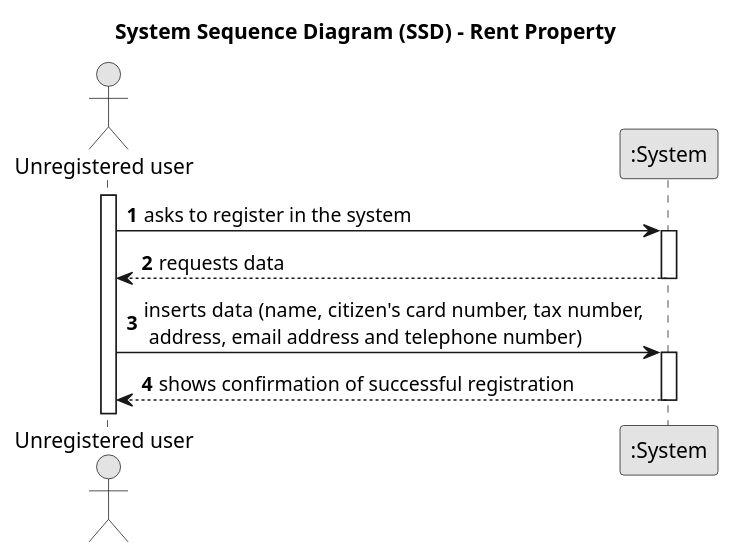
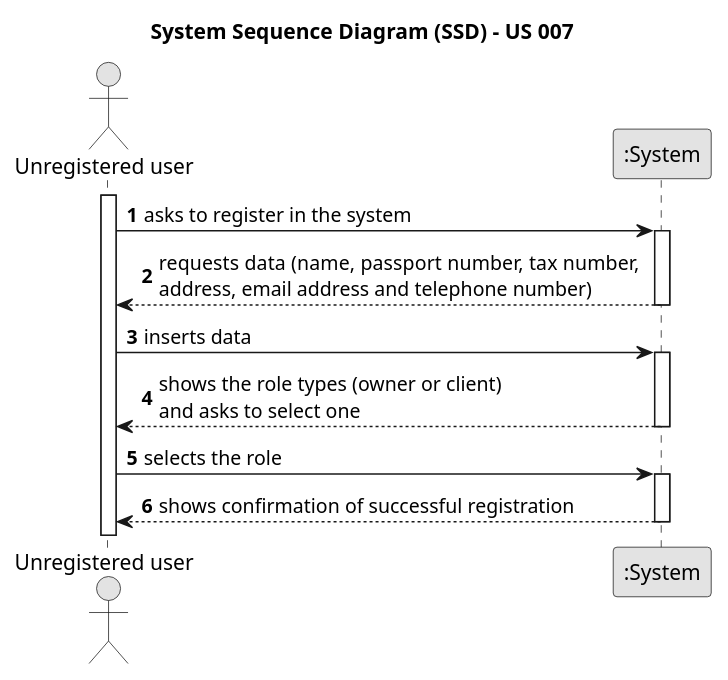
Before and after one commit to 1220812/LAPR2: the diagram in docs/sprintB/us007/01.requirements-engineering/puml/us007-system-sequence-diagram.puml, drawn with PlantUML. The commit also changed 8 other files, not shown here.

```diff
--- a/docs/sprintB/us007/01.requirements-engineering/puml/us007-system-sequence-diagram.puml
+++ b/docs/sprintB/us007/01.requirements-engineering/puml/us007-system-sequence-diagram.puml
@@ -1,25 +1,32 @@
 @startuml
 skinparam monochrome true
 skinparam packageStyle rectangle
 skinparam shadowing false
 
-title System Sequence Diagram (SSD) - Rent Property
+title System Sequence Diagram (SSD) - US 007
 
 autonumber
 
 actor "Unregistered user" as unregisteredUser
 participant ":System" as System
 activate unregisteredUser
 
     unregisteredUser -> System : asks to register in the system
     activate System
 
-        System --> unregisteredUser : requests data
+        System --> unregisteredUser : requests data (name, passport number, tax number, \naddress, email address and telephone number)
     deactivate System
 
-    unregisteredUser -> System : inserts data (name, citizen's card number, tax number,\n address, email address and telephone number)
+    unregisteredUser -> System : inserts data
     activate System
 
-        System --> unregisteredUser : shows confirmation of successful registration
+        System --> unregisteredUser : shows the role types (owner or client) \nand asks to select one
     deactivate System
+
+    unregisteredUser -> System : selects the role
+    activate System
+
+    System --> unregisteredUser : shows confirmation of successful registration
+    deactivate System
+
 @enduml
```
